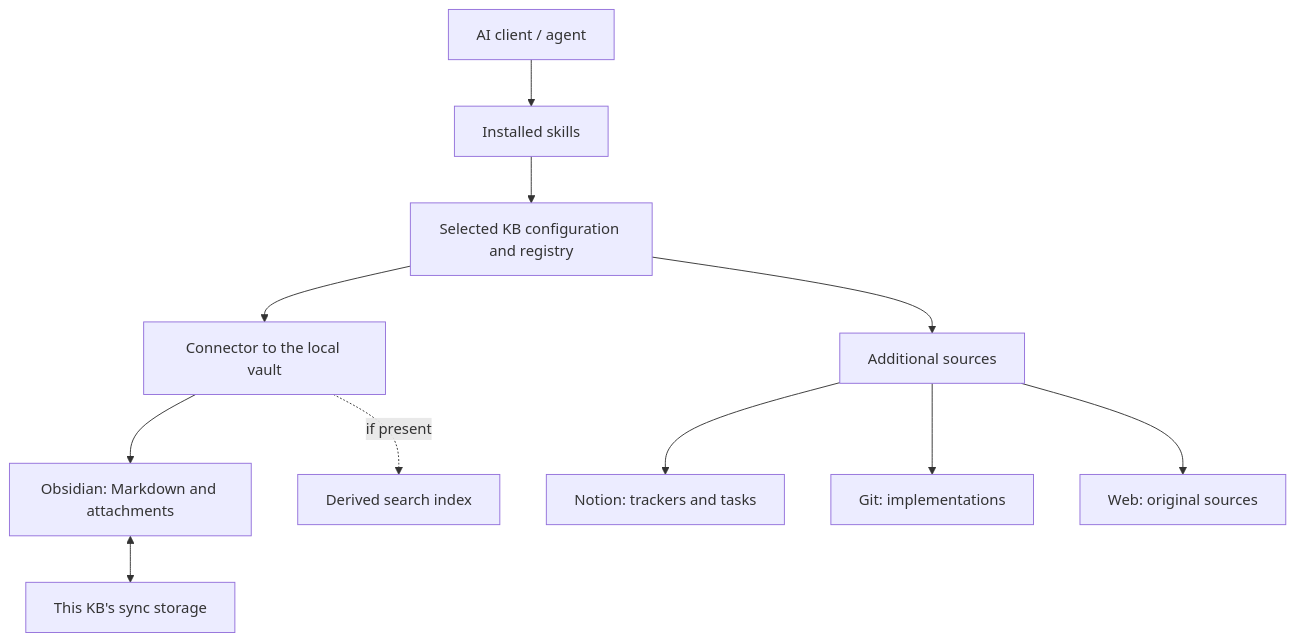
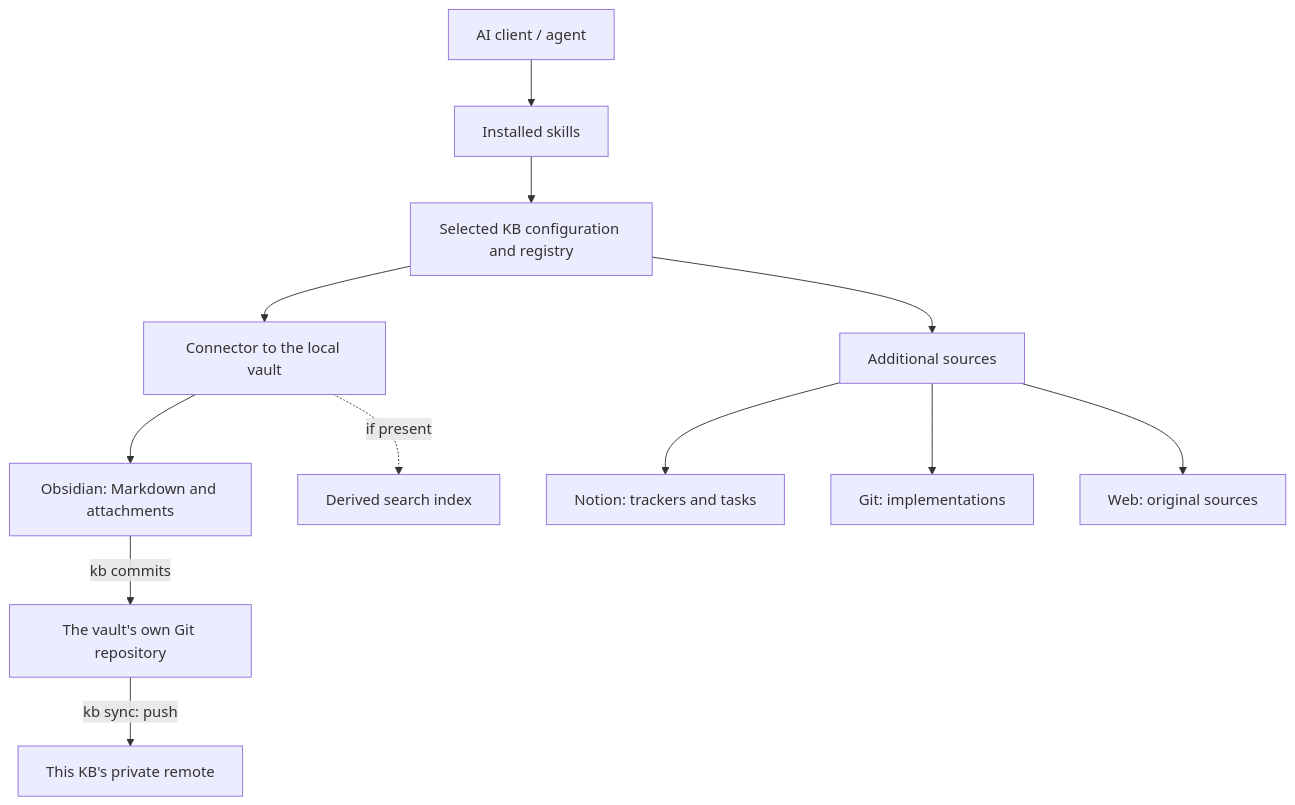
The first of 2 diagrams in docs/personal-knowledge-design-v1.md (modvala/ms-kb), drawn with Mermaid before and after one commit. The commit also changed other lines of this file and 4 other files, not shown here.

First line of the commit message:
Stage 4 research: vault Git history and push to a private remote

````diff
--- a/docs/personal-knowledge-design-v1.md
+++ b/docs/personal-knowledge-design-v1.md
@@ -74,13 +74,14 @@
 ```mermaid
 flowchart TD
     A["AI client / agent"] --> S["Installed skills"]
     S --> R["Selected KB configuration and registry"]
     R --> K["Connector to the local vault"]
     R --> O["Additional sources"]
     K --> V["Obsidian: Markdown and attachments"]
     K -. "if present" .-> I["Derived search index"]
     O --> N["Notion: trackers and tasks"]
     O --> G["Git: implementations"]
     O --> W["Web: original sources"]
-    V <--> Y["This KB's sync storage"]
+    V -- "kb commits" --> H["The vault's own Git repository"]
+    H -- "kb sync: push" --> Y["This KB's private remote"]
 ```
````
